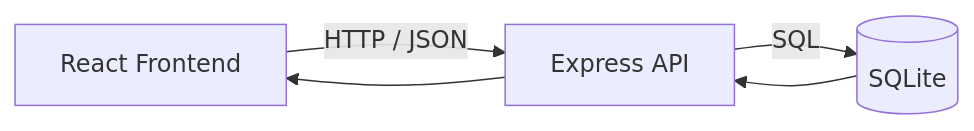
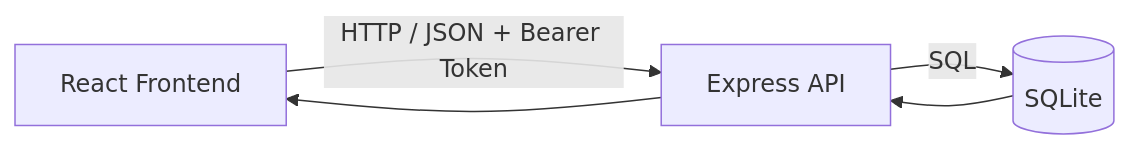
One commit to lysonmnk/ifs24024-pabwe2026-nextt changed the first of 3 diagrams in README.md. Above: the diagram before and after it, drawn with Mermaid. The commit also changed other lines of this file, not shown here.

````diff
--- a/README.md
+++ b/README.md
@@ -140,7 +151,7 @@
 ```mermaid
 flowchart LR
-    A[React Frontend] -- HTTP / JSON --> B[Express API]
+    A[React Frontend] -- HTTP / JSON + Bearer Token --> B[Express API]
     B -- SQL --> C[(SQLite)]
     C --> B
     B --> A
 ```
````
